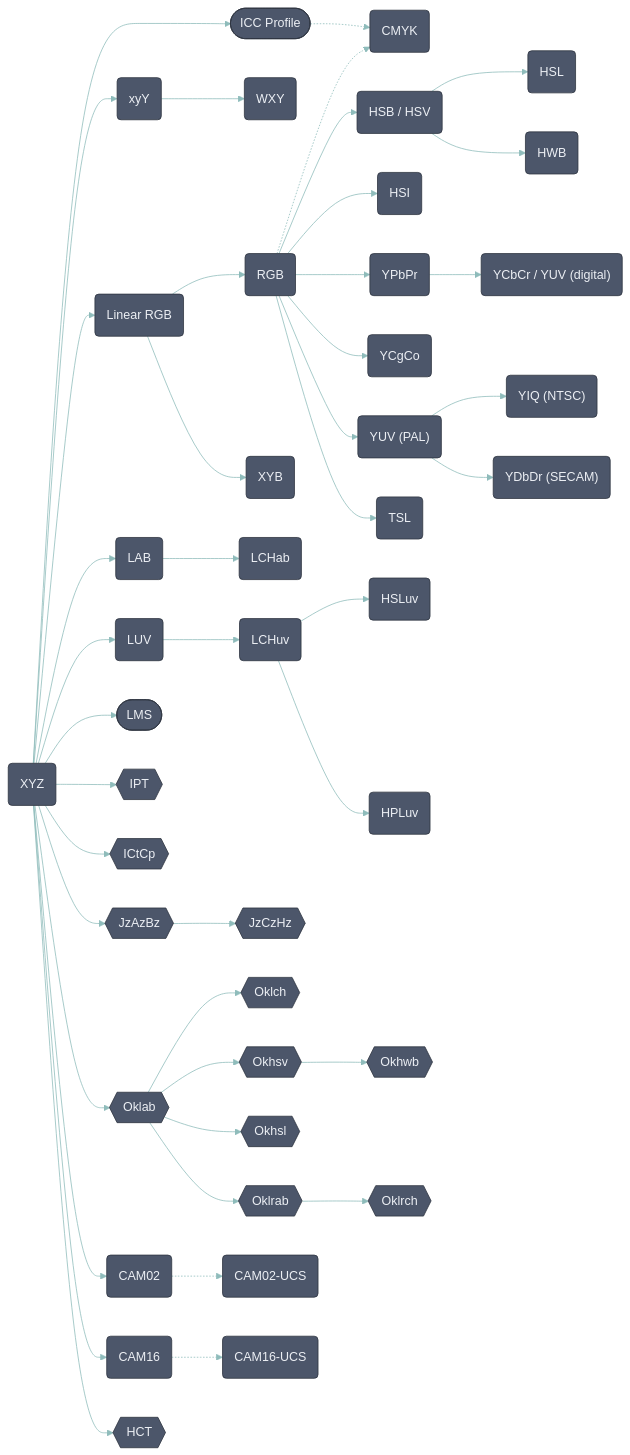
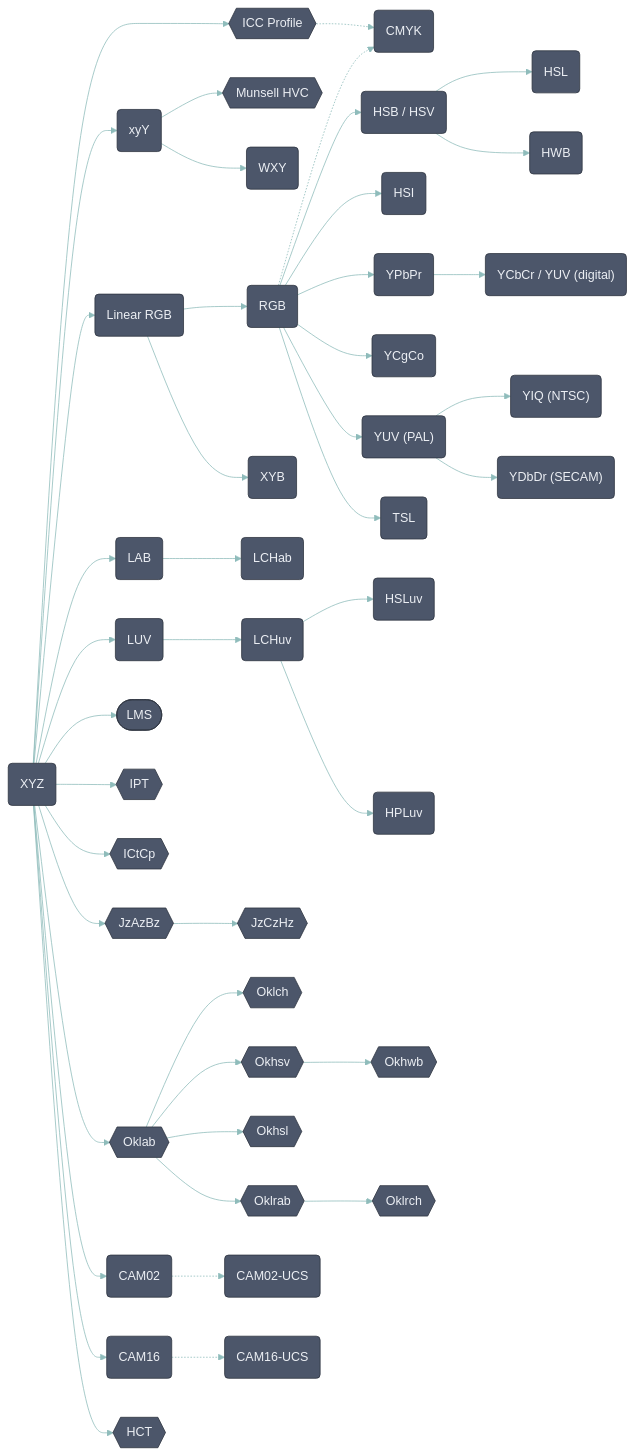
The first of 2 diagrams in README.md (waacton/Unicolour), drawn with Mermaid before and after one commit. The commit also changed other lines of this file and 26 other files, not shown here.

```diff
--- a/README.md
+++ b/README.md
@@ -240,13 +242,15 @@
   CAM16(CAM16)
   CAM16UCS(CAM16-UCS)
   HCT{{HCT}}
-  ICC(["ICC Profile"])
+  Munsell{{"Munsell HVC"}}
+  ICC{{"ICC Profile"}}
   CMYK("CMYK")
   
   XYZ --> ICC
   ICC -.-> CMYK
   RGB -.-> CMYK
   XYZ --> XYY
+  XYY --> Munsell
   XYY --> WXY
   XYZ --> RGBLIN
   RGBLIN --> RGB
```
